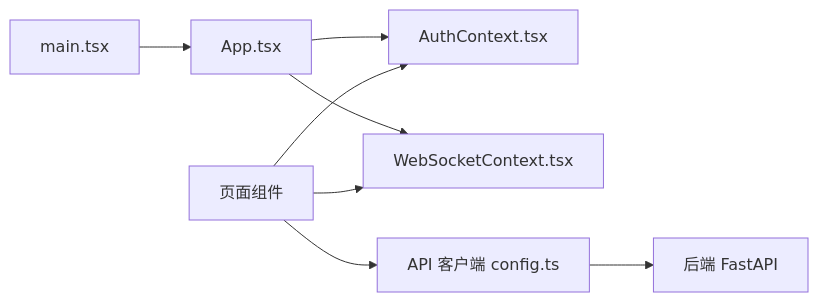
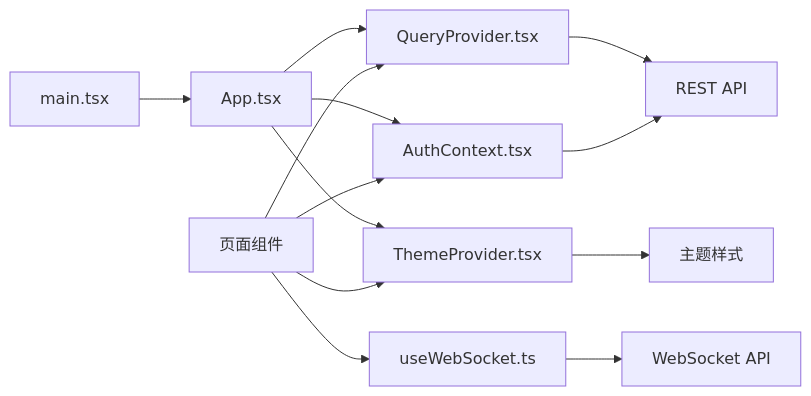
One commit to angledick/- changed the eighth of 8 diagrams in .qoder/repowiki/zh/content/前端应用架构/状态管理.md. Above: the diagram before and after it, drawn with Mermaid. The commit also changed other lines of this file and 770 other files, not shown here.

````diff
--- a/.qoder/repowiki/zh/content/前端应用架构/状态管理.md
+++ b/.qoder/repowiki/zh/content/前端应用架构/状态管理.md
@@ -221,10 +324,15 @@
 ```mermaid
 graph LR
 MAIN["main.tsx"] --> APP["App.tsx"]
+APP --> QUERY["QueryProvider.tsx"]
+APP --> THEME["ThemeProvider.tsx"]
 APP --> AUTH["AuthContext.tsx"]
-APP --> WS["WebSocketContext.tsx"]
-PAGE["页面组件"] --> AUTH
-PAGE --> WS
-PAGE --> API["API 客户端 config.ts"]
-API --> BE["后端 FastAPI"]
+PAGE["页面组件"] --> QUERY
+PAGE --> AUTH
+PAGE --> THEME
+PAGE --> WS["useWebSocket.ts"]
+QUERY --> API["REST API"]
+AUTH --> API
+THEME --> UI["主题样式"]
+WS --> WS_API["WebSocket API"]
 ```
````
